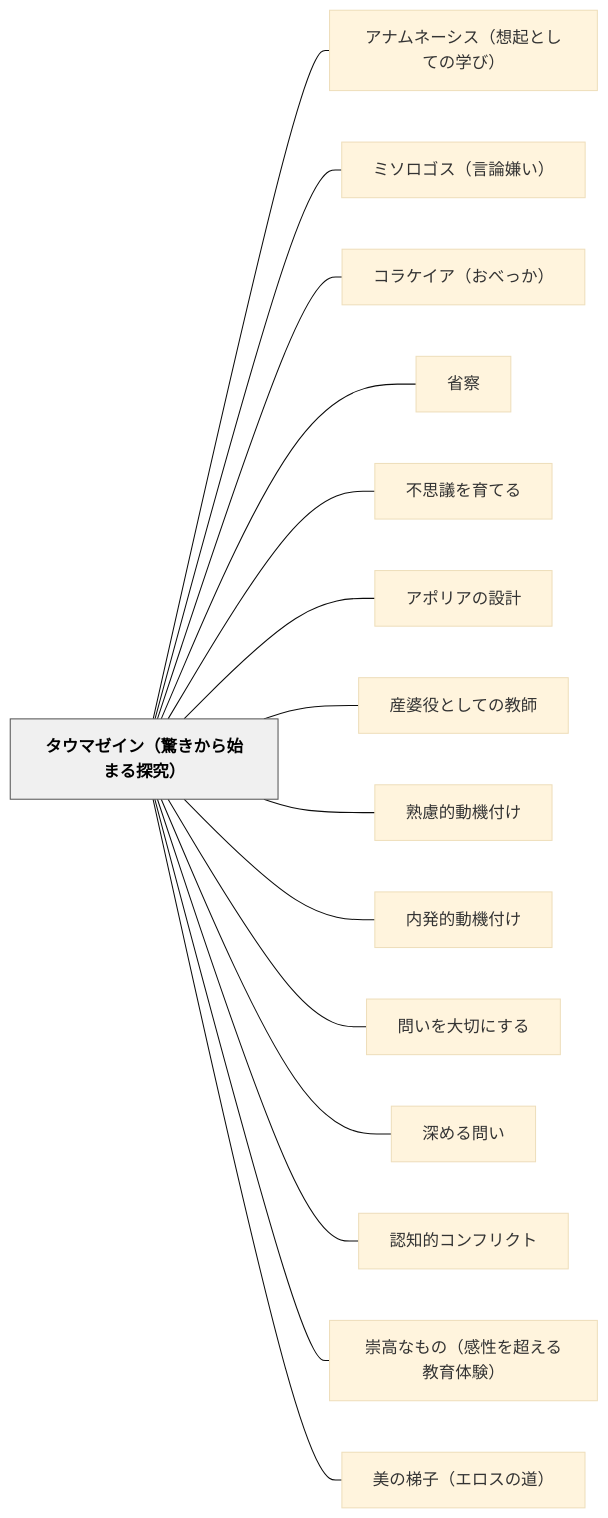
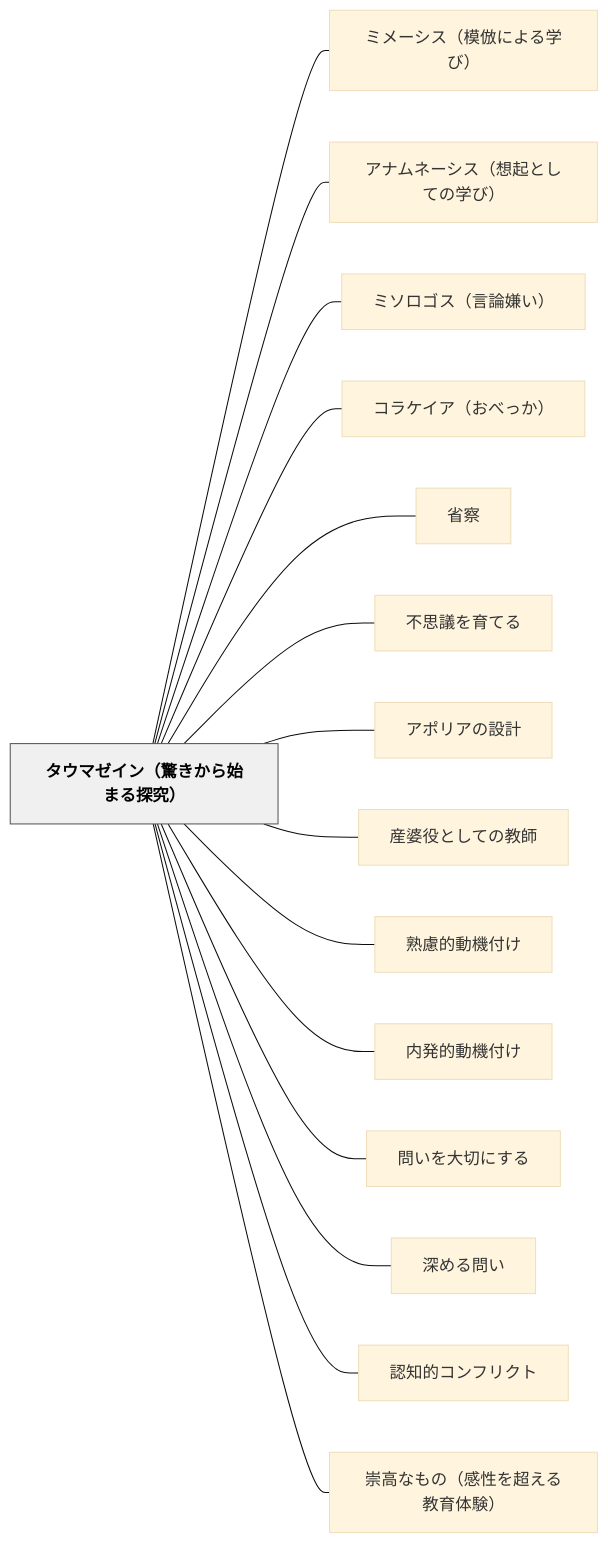
One commit to unknownthings-ed-patterns/unknownthings-ed-patterns changed the diagram in content/パタン/タウマゼイン（驚きから始まる探究）.md. Above: the diagram before and after it, drawn with Mermaid (base theme). The commit also changed other lines of this file and 13 other files, not shown here.

````diff
--- a/content/パタン/タウマゼイン（驚きから始まる探究）.md
+++ b/content/パタン/タウマゼイン（驚きから始まる探究）.md
@@ -209,36 +236,36 @@
 ```mermaid
 flowchart LR
     ne382bfe382a6e3839ee382bce382a4e383b3efbc88e9a99ae3818de3818be38289e5a78be381bee3828be68ea2e7a9b6efbc89["タウマゼイン（驚きから始まる探究）"]
+    ne3839fe383a1e383bce382b7e382b9efbc88e6a8a1e580a3e381abe38288e3828be5ada6e381b3efbc89["ミメーシス（模倣による学び）"]
     ne382a2e3838ae383a0e3838de383bce382b7e382b9efbc88e683b3e8b5b7e381a8e38197e381a6e381aee5ada6e381b3efbc89["アナムネーシス（想起としての学び）"]
     ne3839fe382bde383ade382b4e382b9efbc88e8a880e8ab96e5ab8ce38184efbc89["ミソロゴス（言論嫌い）"]
     ne382b3e383a9e382b1e382a4e382a2efbc88e3818ae381b9e381a3e3818befbc89["コラケイア（おべっか）"]
     ne79c81e5af9f["省察"]
     ne4b88de6809de8adb0e38292e882b2e381a6e3828b["不思議を育てる"]
     ne382a2e3839de383aae382a2e381aee8a8ade8a888["アポリアの設計"]
     ne794a3e5a986e5bdb9e381a8e38197e381a6e381aee69599e5b8ab["産婆役としての教師"]
     ne7869fe685aee79a84e58b95e6a99fe4bb98e38191["熟慮的動機付け"]
     ne58685e799bae79a84e58b95e6a99fe4bb98e38191["内発的動機付け"]
     ne5958fe38184e38292e5a4a7e58887e381abe38199e3828b["問いを大切にする"]
     ne6b7b1e38281e3828be5958fe38184["深める問い"]
     ne8aa8de79fa5e79a84e382b3e383b3e38395e383aae382afe38388["認知的コンフリクト"]
     ne5b487e9ab98e381aae38282e381aeefbc88e6849fe680a7e38292e8b685e38188e3828be69599e882b2e4bd93e9a893efbc89["崇高なもの（感性を超える教育体験）"]
-    ne7be8ee381aee6a2afe5ad90efbc88e382a8e383ade382b9e381aee98193efbc89["美の梯子（エロスの道）"]
 
+    ne382bfe382a6e3839ee382bce382a4e383b3efbc88e9a99ae3818de3818be38289e5a78be381bee3828be68ea2e7a9b6efbc89 --- ne3839fe383a1e383bce382b7e382b9efbc88e6a8a1e580a3e381abe38288e3828be5ada6e381b3efbc89
     ne382bfe382a6e3839ee382bce382a4e383b3efbc88e9a99ae3818de3818be38289e5a78be381bee3828be68ea2e7a9b6efbc89 --- ne382a2e3838ae383a0e3838de383bce382b7e382b9efbc88e683b3e8b5b7e381a8e38197e381a6e381aee5ada6e381b3efbc89
     ne382bfe382a6e3839ee382bce382a4e383b3efbc88e9a99ae3818de3818be38289e5a78be381bee3828be68ea2e7a9b6efbc89 --- ne3839fe382bde383ade382b4e382b9efbc88e8a880e8ab96e5ab8ce38184efbc89
     ne382bfe382a6e3839ee382bce382a4e383b3efbc88e9a99ae3818de3818be38289e5a78be381bee3828be68ea2e7a9b6efbc89 --- ne382b3e383a9e382b1e382a4e382a2efbc88e3818ae381b9e381a3e3818befbc89
     ne382bfe382a6e3839ee382bce382a4e383b3efbc88e9a99ae3818de3818be38289e5a78be381bee3828be68ea2e7a9b6efbc89 --- ne79c81e5af9f
     ne382bfe382a6e3839ee382bce382a4e383b3efbc88e9a99ae3818de3818be38289e5a78be381bee3828be68ea2e7a9b6efbc89 --- ne4b88de6809de8adb0e38292e882b2e381a6e3828b
     ne382bfe382a6e3839ee382bce382a4e383b3efbc88e9a99ae3818de3818be38289e5a78be381bee3828be68ea2e7a9b6efbc89 --- ne382a2e3839de383aae382a2e381aee8a8ade8a888
     ne382bfe382a6e3839ee382bce382a4e383b3efbc88e9a99ae3818de3818be38289e5a78be381bee3828be68ea2e7a9b6efbc89 --- ne794a3e5a986e5bdb9e381a8e38197e381a6e381aee69599e5b8ab
     ne382bfe382a6e3839ee382bce382a4e383b3efbc88e9a99ae3818de3818be38289e5a78be381bee3828be68ea2e7a9b6efbc89 --- ne7869fe685aee79a84e58b95e6a99fe4bb98e38191
     ne382bfe382a6e3839ee382bce382a4e383b3efbc88e9a99ae3818de3818be38289e5a78be381bee3828be68ea2e7a9b6efbc89 --- ne58685e799bae79a84e58b95e6a99fe4bb98e38191
     ne382bfe382a6e3839ee382bce382a4e383b3efbc88e9a99ae3818de3818be38289e5a78be381bee3828be68ea2e7a9b6efbc89 --- ne5958fe38184e38292e5a4a7e58887e381abe38199e3828b
     ne382bfe382a6e3839ee382bce382a4e383b3efbc88e9a99ae3818de3818be38289e5a78be381bee3828be68ea2e7a9b6efbc89 --- ne6b7b1e38281e3828be5958fe38184
     ne382bfe382a6e3839ee382bce382a4e383b3efbc88e9a99ae3818de3818be38289e5a78be381bee3828be68ea2e7a9b6efbc89 --- ne8aa8de79fa5e79a84e382b3e383b3e38395e383aae382afe38388
     ne382bfe382a6e3839ee382bce382a4e383b3efbc88e9a99ae3818de3818be38289e5a78be381bee3828be68ea2e7a9b6efbc89 --- ne5b487e9ab98e381aae38282e381aeefbc88e6849fe680a7e38292e8b685e38188e3828be69599e882b2e4bd93e9a893efbc89
-    ne382bfe382a6e3839ee382bce382a4e383b3efbc88e9a99ae3818de3818be38289e5a78be381bee3828be68ea2e7a9b6efbc89 --- ne7be8ee381aee6a2afe5ad90efbc88e382a8e383ade382b9e381aee98193efbc89
 
     classDef hub fill:#f0f0f0,stroke:#555,color:#000,font-weight:bold
     class ne382bfe382a6e3839ee382bce382a4e383b3efbc88e9a99ae3818de3818be38289e5a78be381bee3828be68ea2e7a9b6efbc89 hub
 ```
````
